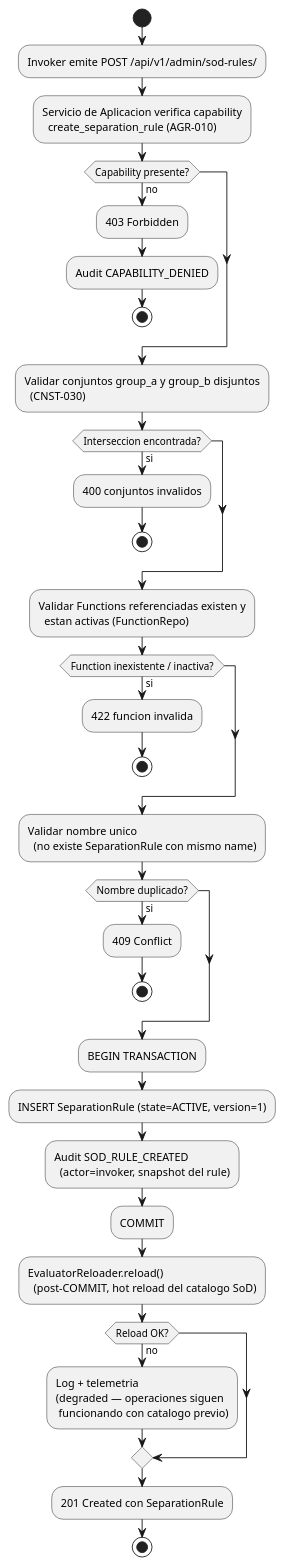
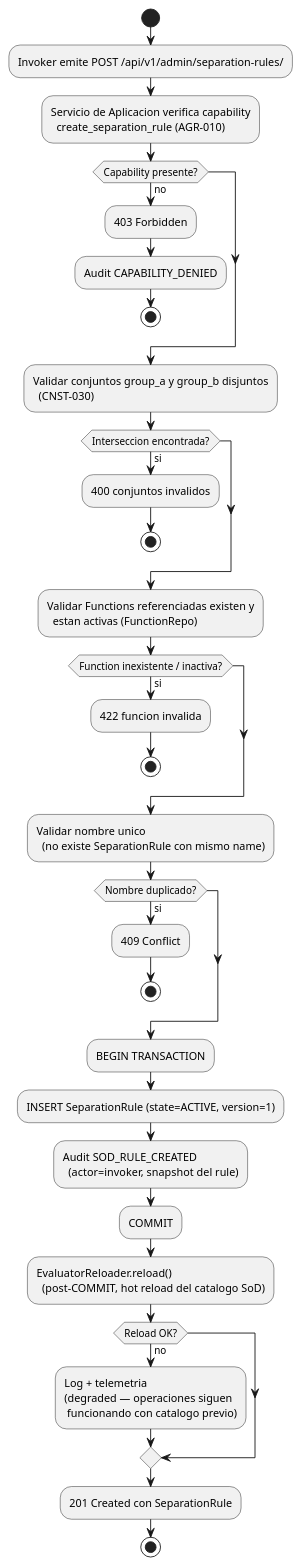
Before and after one commit to jcg-admin/IACT-docs: the diagram in source/requisitos/casos-uso/admin/uc-adm-01/diagramas-uml/diagrama-de-actividad.rst, drawn with PlantUML.

Commit message:
Rename sod-rules to separation-rules in uc-adm-01 diagrama-de-actividad
T-003: 1 endpoint ref renamed in plantuml block.

Refs: T-003, A-003

```diff
--- a/source/requisitos/casos-uso/admin/uc-adm-01/diagramas-uml/diagrama-de-actividad.rst
+++ b/source/requisitos/casos-uso/admin/uc-adm-01/diagramas-uml/diagrama-de-actividad.rst
@@ -6,54 +6,54 @@
 .. uml::
  :caption: UC_ADM_01 — flujo de creacion de SeparationRule.
 
  @startuml
 
  start
- :Invoker emite POST /api/v1/admin/sod-rules/;
+ :Invoker emite POST /api/v1/admin/separation-rules/;
  :Servicio de Aplicacion verifica capability
    create_separation_rule (AGR-010);
  if (Capability presente?) then (no)
    :403 Forbidden;
    :Audit CAPABILITY_DENIED;
    stop
  endif
 
  :Validar conjuntos group_a y group_b disjuntos
    (CNST-030);
  if (Interseccion encontrada?) then (si)
    :400 conjuntos invalidos;
    stop
  endif
 
  :Validar Functions referenciadas existen y
    estan activas (FunctionRepo);
  if (Function inexistente / inactiva?) then (si)
    :422 funcion invalida;
    stop
  endif
 
  :Validar nombre unico
    (no existe SeparationRule con mismo name);
  if (Nombre duplicado?) then (si)
    :409 Conflict;
    stop
  endif
 
  :BEGIN TRANSACTION;
  :INSERT SeparationRule (state=ACTIVE, version=1);
  :Audit SOD_RULE_CREATED
    (actor=invoker, snapshot del rule);
  :COMMIT;
 
  :EvaluatorReloader.reload()
    (post-COMMIT, hot reload del catalogo SoD);
  if (Reload OK?) then (no)
    :Log + telemetria
    (degraded — operaciones siguen
     funcionando con catalogo previo);
  endif
 
  :201 Created con SeparationRule;
  stop
 
  @enduml
```
